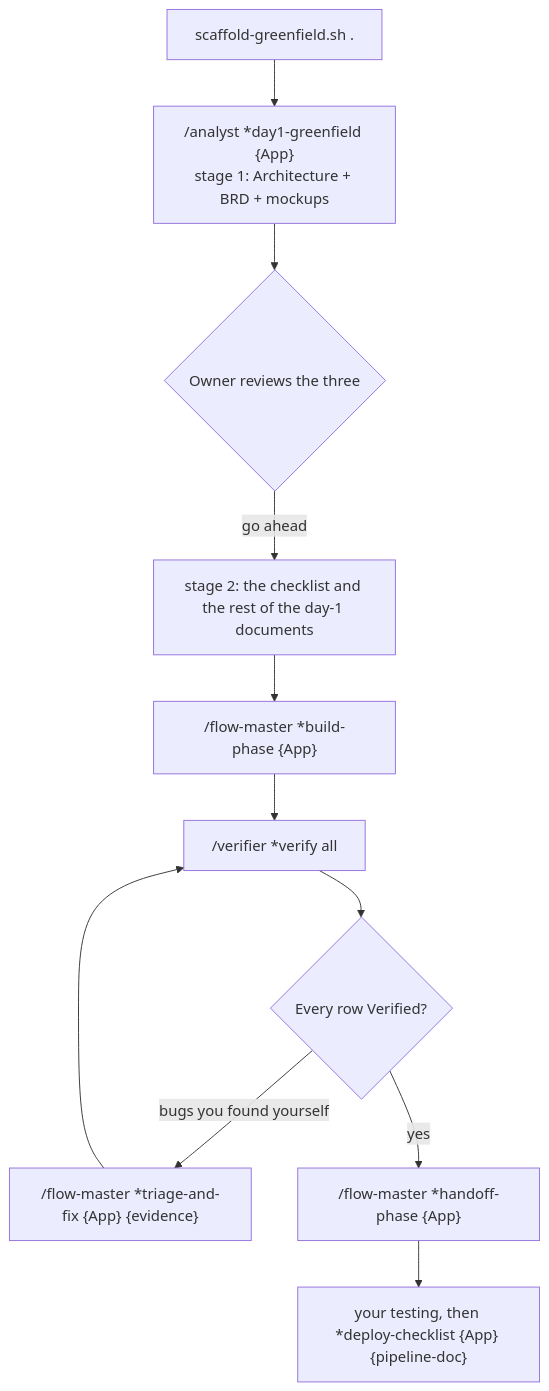
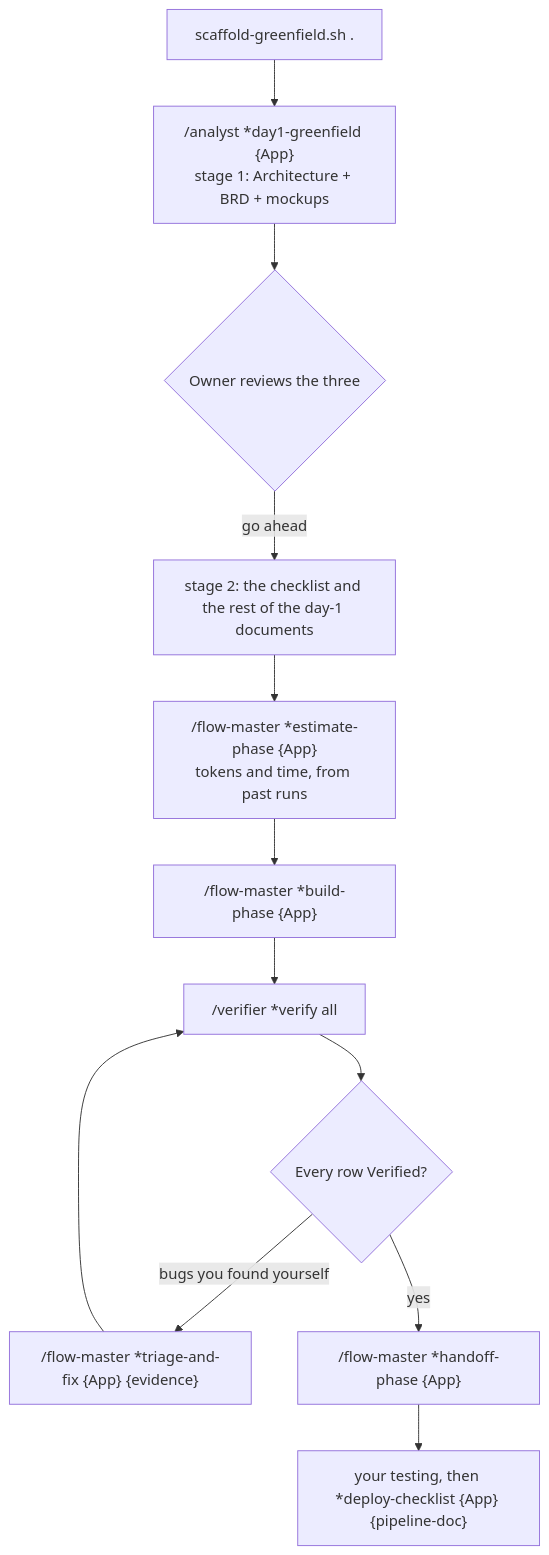
Before and after one commit to techierathore/TechieFlow: the diagram in README.md, drawn with Mermaid. The commit also changed other lines of this file and 51 other files, not shown here.

````diff
--- a/README.md
+++ b/README.md
@@ -73,13 +73,14 @@
 ```mermaid
 flowchart TD
   A["scaffold-greenfield.sh ."] --> B["/analyst *day1-greenfield {App}<br/>stage 1: Architecture + BRD + mockups"]
   B --> C{"Owner reviews the three"}
   C -->|"go ahead"| D["stage 2: the checklist and the rest of the day-1 documents"]
-  D --> E["/flow-master *build-phase {App}"]
+  D --> E0["/flow-master *estimate-phase {App}<br/>tokens and time, from past runs"]
+  E0 --> E["/flow-master *build-phase {App}"]
   E --> F["/verifier *verify all"]
   F --> G{"Every row Verified?"}
   G -->|"bugs you found yourself"| X["/flow-master *triage-and-fix {App} {evidence}"]
   X --> F
   G -->|"yes"| H["/flow-master *handoff-phase {App}"]
   H --> I["your testing, then *deploy-checklist {App} {pipeline-doc}"]
 ```
````
